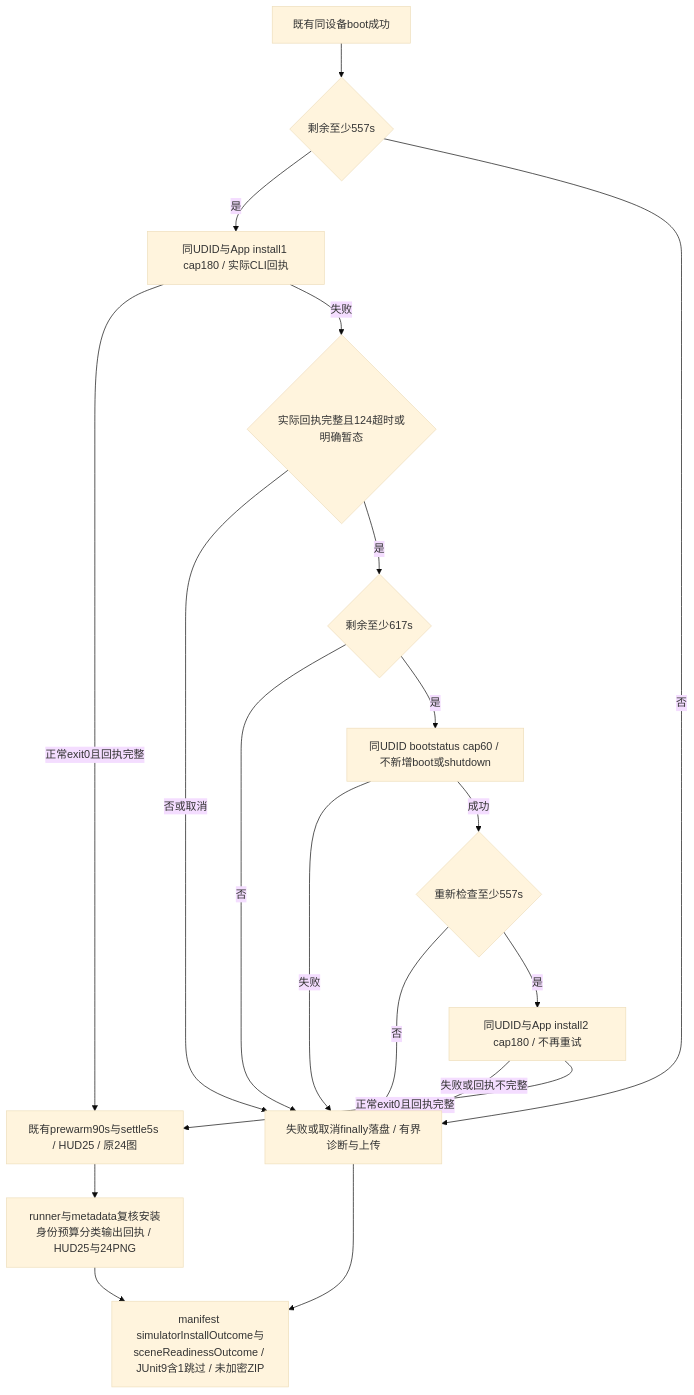
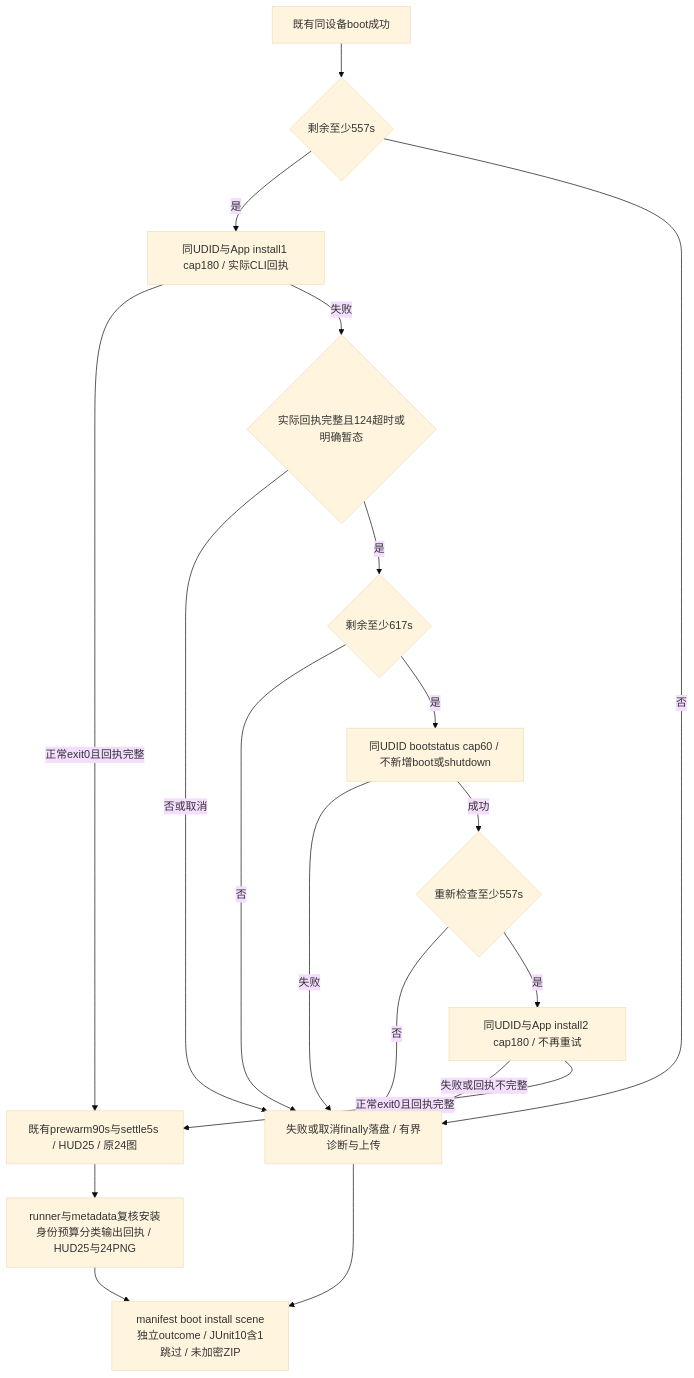
Before and after one commit to Altman-sam114/1145: the sixth of 7 diagrams in md/flow/flowchart.md, drawn with Mermaid (base theme). The commit also changed other lines of this file and 8 other files, not shown here.

````diff
--- a/md/flow/flowchart.md
+++ b/md/flow/flowchart.md
@@ -233,21 +233,21 @@
 ```mermaid
 flowchart TD
   Boot[既有同设备boot成功] --> Admit1{剩余至少557s}
   Admit1 -- 是 --> Install1[同UDID与App install1 cap180 / 实际CLI回执]
   Admit1 -- 否 --> Fail[失败或取消finally落盘 / 有界诊断与上传]
   Install1 -- 正常exit0且回执完整 --> Prewarm[既有prewarm90s与settle5s / HUD25 / 原24图]
   Install1 -- 失败 --> Classify{实际回执完整且124超时或明确暂态}
   Classify -- 否或取消 --> Fail
   Classify -- 是 --> AdmitRecovery{剩余至少617s}
   AdmitRecovery -- 否 --> Fail
   AdmitRecovery -- 是 --> Ready[同UDID bootstatus cap60 / 不新增boot或shutdown]
   Ready -- 失败 --> Fail
   Ready -- 成功 --> Admit2{重新检查至少557s}
   Admit2 -- 否 --> Fail
   Admit2 -- 是 --> Install2[同UDID与App install2 cap180 / 不再重试]
   Install2 -- 失败或回执不完整 --> Fail
   Install2 -- 正常exit0且回执完整 --> Prewarm
   Prewarm --> Gate[runner与metadata复核安装身份预算分类输出回执 / HUD25与24PNG]
-  Gate --> Artifact[manifest simulatorInstallOutcome与sceneReadinessOutcome / JUnit9含1跳过 / 未加密ZIP]
+  Gate --> Artifact[manifest boot install scene独立outcome / JUnit10含1跳过 / 未加密ZIP]
   Fail --> Artifact
 ```
````
